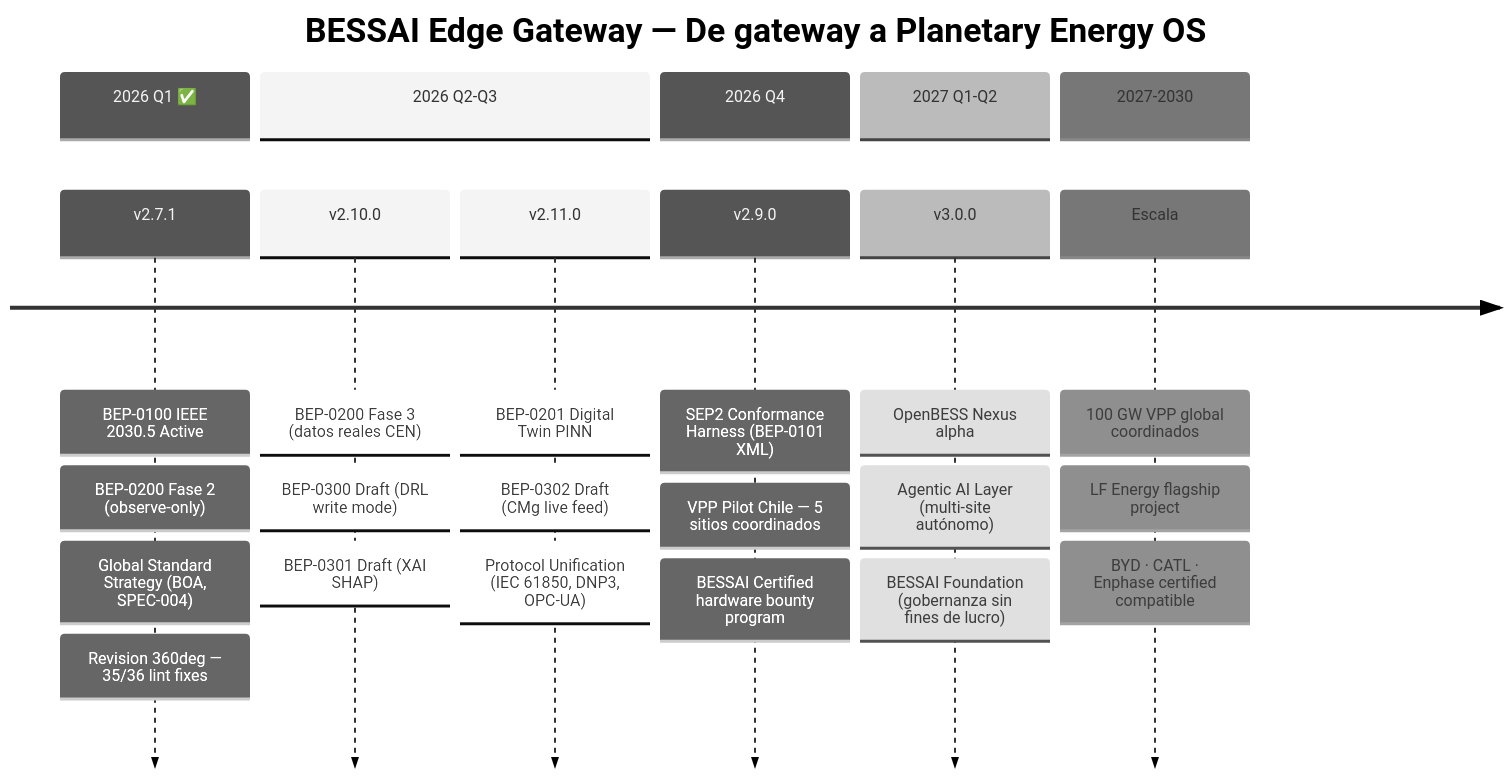
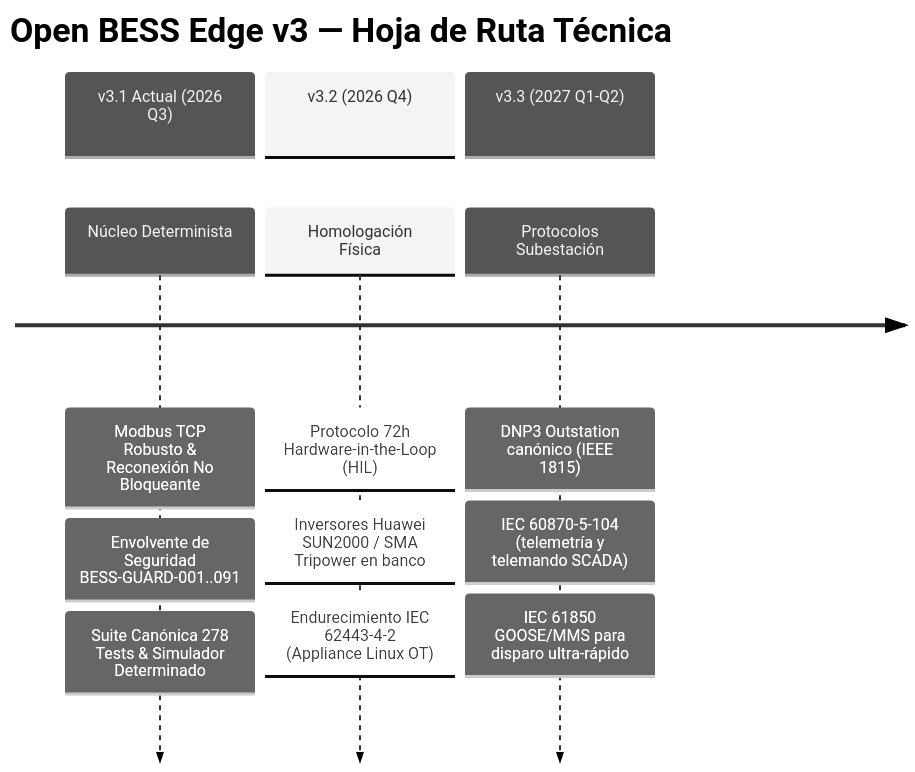
Before and after one commit to bess-solutions/open-bess-edge: the diagram in docs/ROADMAP.md, drawn with Mermaid (neutral theme). The commit also changed other lines of this file and 17 other files, not shown here.

````diff
--- a/docs/ROADMAP.md
+++ b/docs/ROADMAP.md
@@ -49,28 +22,16 @@
 ```mermaid
 timeline
-    title BESSAI Edge Gateway — De gateway a Planetary Energy OS
-    section 2026 Q1 ✅
-        v2.7.1 : BEP-0100 IEEE 2030.5 Active
-               : BEP-0200 Fase 2 (observe-only)
-               : Global Standard Strategy (BOA, SPEC-004)
-               : Revision 360deg — 35/36 lint fixes
-    section 2026 Q2-Q3
-        v2.10.0 : BEP-0200 Fase 3 (datos reales CEN)
-               : BEP-0300 Draft (DRL write mode)
-               : BEP-0301 Draft (XAI SHAP)
-        v2.11.0 : BEP-0201 Digital Twin PINN
-               : BEP-0302 Draft (CMg live feed)
-               : Protocol Unification (IEC 61850, DNP3, OPC-UA)
-    section 2026 Q4
-        v2.9.0 : SEP2 Conformance Harness (BEP-0101 XML)
-               : VPP Pilot Chile — 5 sitios coordinados
-               : BESSAI Certified hardware bounty program
-    section 2027 Q1-Q2
-        v3.0.0 : OpenBESS Nexus alpha
-               : Agentic AI Layer (multi-site autónomo)
-               : BESSAI Foundation (gobernanza sin fines de lucro)
-    section 2027-2030
-        Escala : 100 GW VPP global coordinados
-               : LF Energy flagship project
-               : BYD · CATL · Enphase certified compatible
+    title Open BESS Edge v3 — Hoja de Ruta Técnica
+    section v3.1 Actual (2026 Q3)
+        Núcleo Determinista : Modbus TCP Robusto & Reconexión No Bloqueante
+                            : Envolvente de Seguridad BESS-GUARD-001..091
+                            : Suite Canónica 278 Tests & Simulador Determinado
+    section v3.2 (2026 Q4)
+        Homologación Física : Protocolo 72h Hardware-in-the-Loop (HIL)
+                            : Inversores Huawei SUN2000 / SMA Tripower en banco
+                            : Endurecimiento IEC 62443-4-2 (Appliance Linux OT)
+    section v3.3 (2027 Q1-Q2)
+        Protocolos Subestación : DNP3 Outstation canónico (IEEE 1815)
+                               : IEC 60870-5-104 (telemetría y telemando SCADA)
+                               : IEC 61850 GOOSE/MMS para disparo ultra-rápido
 ```
````
